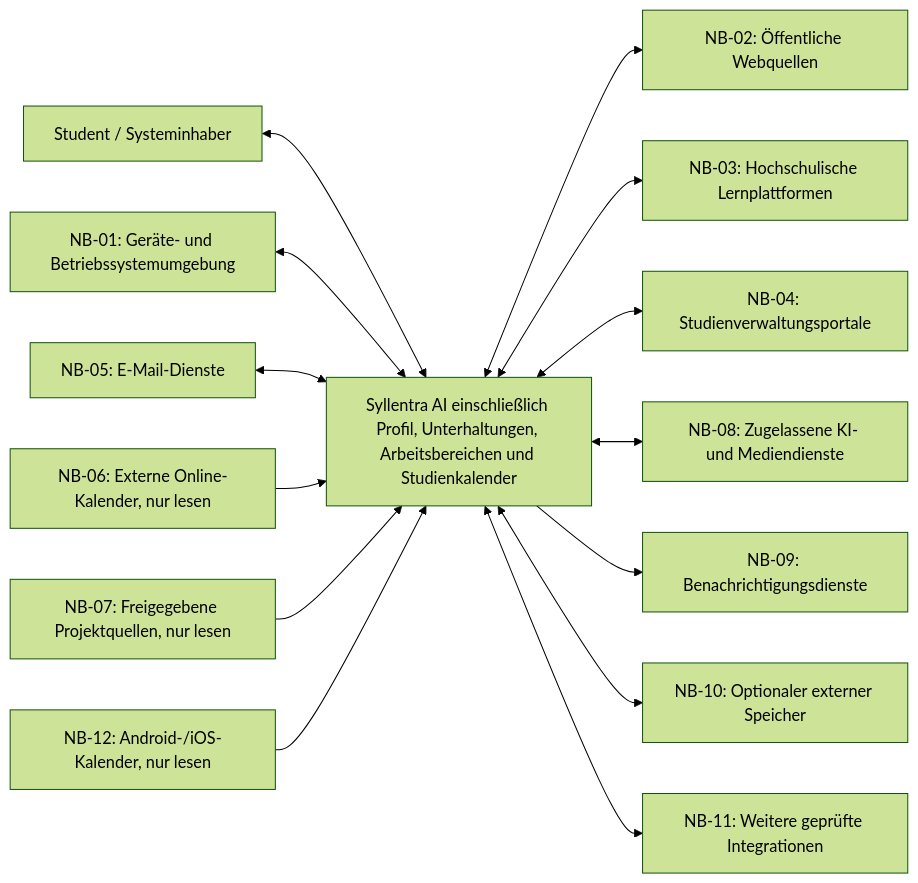
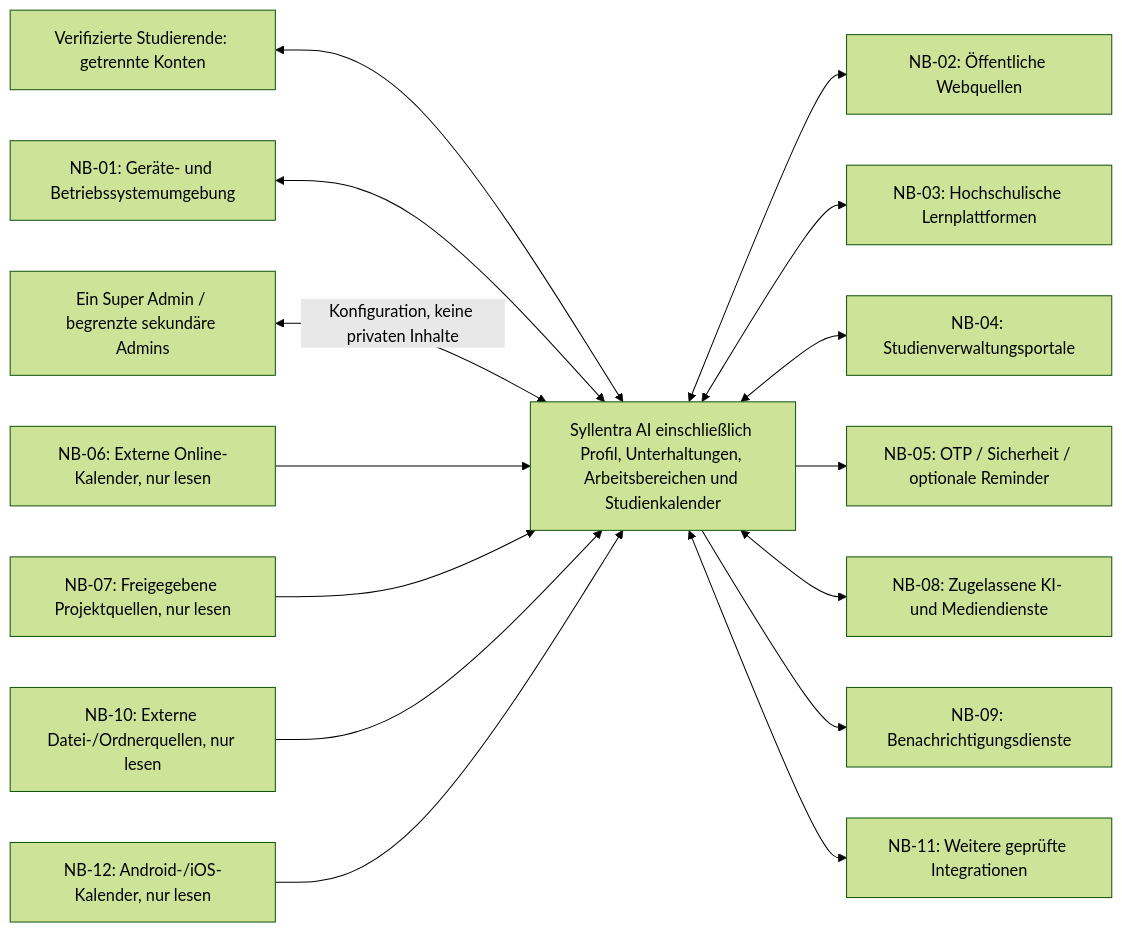
One commit to Viny005/syllentra changed the diagram in docs/spec/P2-architekturueberblick.md. Above: the diagram before and after it, drawn with Mermaid (forest theme). The commit also changed other lines of this file and 11 other files, not shown here.

````diff
--- a/docs/spec/P2-architekturueberblick.md
+++ b/docs/spec/P2-architekturueberblick.md
@@ -54,16 +54,17 @@
 ```mermaid
 flowchart LR
-    U["Student / Systeminhaber"] <--> SYS["Syllentra AI einschließlich Profil, Unterhaltungen, Arbeitsbereichen und Studienkalender"]
+    U["Verifizierte Studierende: getrennte Konten"] <--> SYS["Syllentra AI einschließlich Profil, Unterhaltungen, Arbeitsbereichen und Studienkalender"]
     DEV["NB-01: Geräte- und Betriebssystemumgebung"] <--> SYS
     SYS <--> WEB["NB-02: Öffentliche Webquellen"]
     SYS <--> LMS["NB-03: Hochschulische Lernplattformen"]
     SYS <--> UNI["NB-04: Studienverwaltungsportale"]
-    MAIL["NB-05: E-Mail-Dienste"] <--> SYS
+    SYS --> MAIL["NB-05: OTP / Sicherheit / optionale Reminder"]
+    ADM["Ein Super Admin / begrenzte sekundäre Admins"] <-->|"Konfiguration, keine privaten Inhalte"| SYS
     EXT["NB-06: Externe Online-Kalender, nur lesen"] --> SYS
     GH["NB-07: Freigegebene Projektquellen, nur lesen"] --> SYS
     SYS <--> TOOLS["NB-08: Zugelassene KI- und Mediendienste"]
     SYS --> PUSH["NB-09: Benachrichtigungsdienste"]
-    SYS <--> STORE["NB-10: Optionaler externer Speicher"]
+    STORE["NB-10: Externe Datei-/Ordnerquellen, nur lesen"] --> SYS
     SYS <--> OTHER["NB-11: Weitere geprüfte Integrationen"]
     MOBILE["NB-12: Android-/iOS-Kalender, nur lesen"] --> SYS
 ```
````
